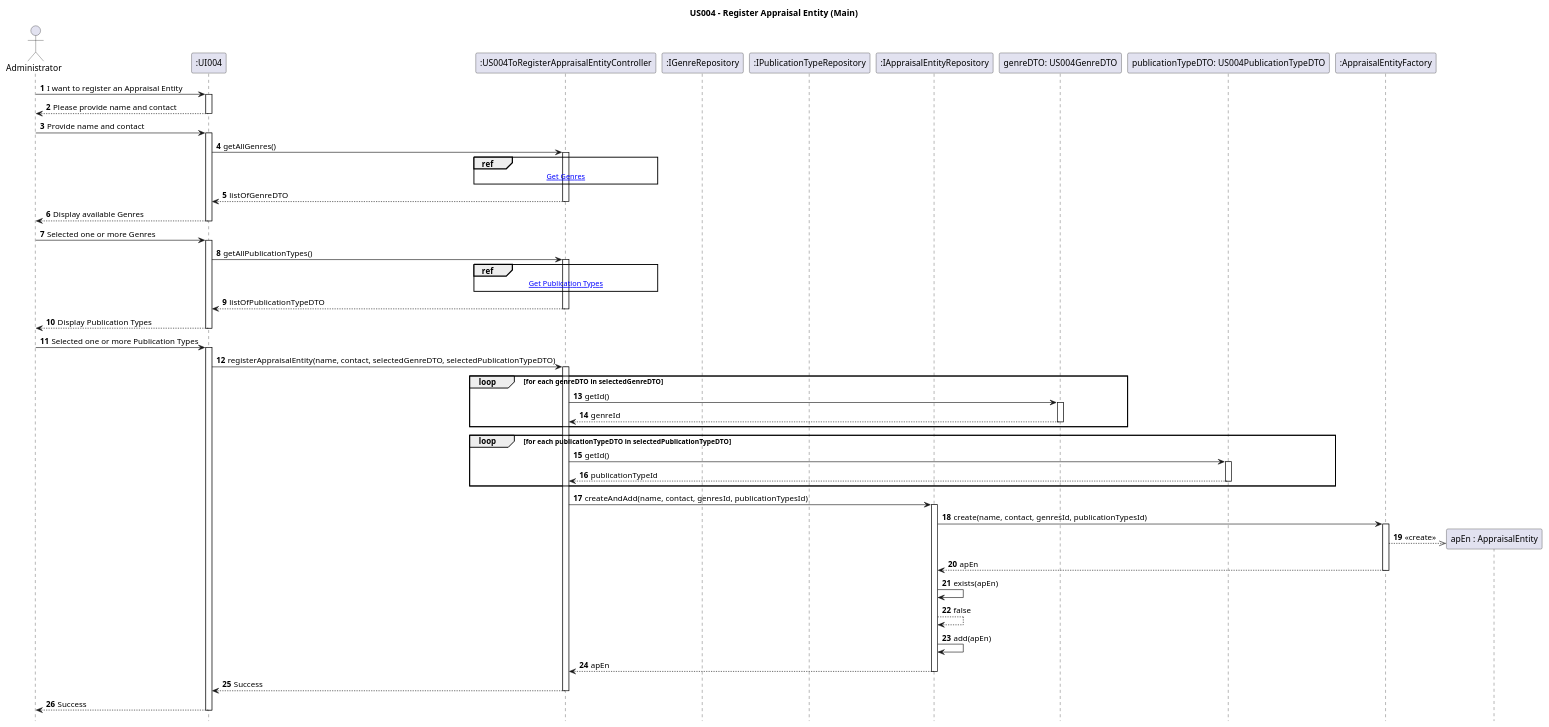
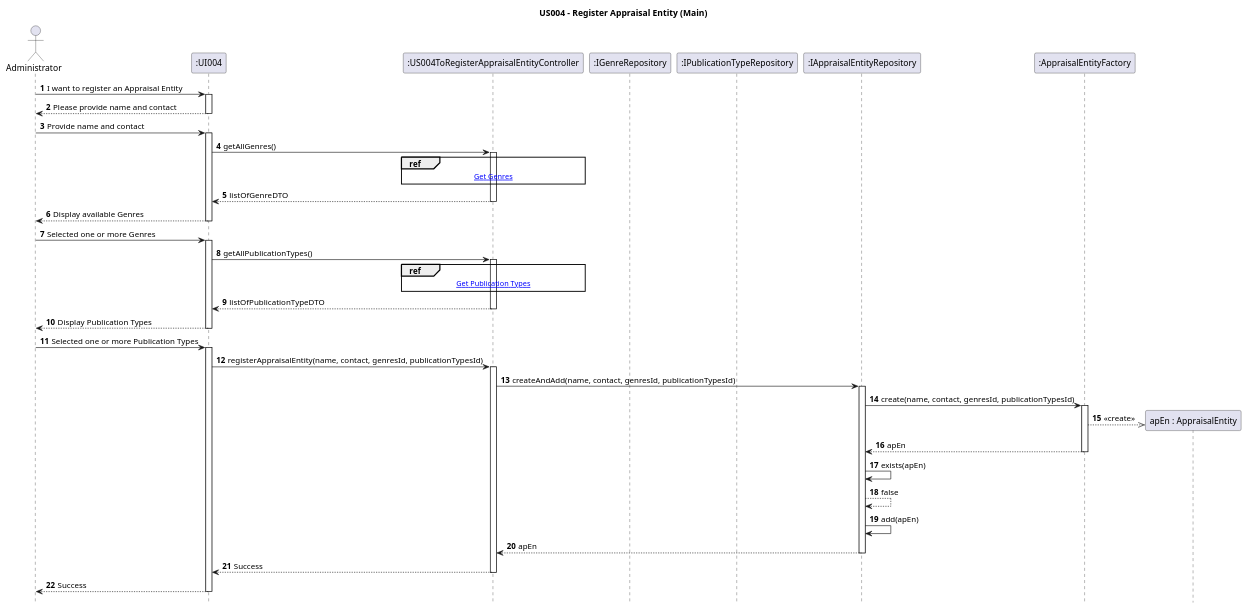
Before and after one commit to AndrePereiraGitH/SWitCH-Project-Team_A: the diagram in Diagrams/SequenceDiagrams/N2/US004-to-register-an-Appraisal-Entity/1.MainDiagram.puml, drawn with PlantUML. The commit also changed 8 other files, not shown here.

Commit message:
refactor #526: align controller and mappers with DDD and remove DTO-to-ID conversion

```diff
--- a/Diagrams/SequenceDiagrams/N2/US004-to-register-an-Appraisal-Entity/1.MainDiagram.puml
+++ b/Diagrams/SequenceDiagrams/N2/US004-to-register-an-Appraisal-Entity/1.MainDiagram.puml
@@ -1,108 +1,92 @@
 @startuml
 
 hide footbox
 autonumber
 title US004 - Register Appraisal Entity (Main)
 
 actor Administrator
 participant ":UI004" as UI
 participant ":US004ToRegisterAppraisalEntityController" as Controller
 participant ":IGenreRepository" as GenreRepo
 participant ":IPublicationTypeRepository" as PublicationTypeRepo
 participant ":IAppraisalEntityRepository" as AppraisalRepo
-participant "genreDTO: US004GenreDTO" as GDTO
-participant "publicationTypeDTO: US004PublicationTypeDTO" as PDTO
 participant ":AppraisalEntityFactory" as FactoryAppraisalEntity
 participant "apEn : AppraisalEntity" as AppraisalEntity
 
 ' --- Start ---
 Administrator -> UI : I want to register an Appraisal Entity
 activate UI
 
 UI --> Administrator : Please provide name and contact
 deactivate UI
 
 Administrator -> UI : Provide name and contact
 activate UI
 
 ' =========================
 ' Get Genres (reference)
 ' =========================
 UI -> Controller : getAllGenres()
 activate Controller
 
 ref over Controller
 [[2.GetGenres.puml Get Genres]]
 end ref
 
 Controller --> UI : listOfGenreDTO
 deactivate Controller
 
 UI --> Administrator : Display available Genres
 deactivate UI
 
 Administrator -> UI : Selected one or more Genres
 activate UI
 
 ' =========================
 ' Get Publication Types (reference)
 ' =========================
 UI -> Controller : getAllPublicationTypes()
 activate Controller
 
 ref over Controller
 [[3.GetPublicationTypes.puml Get Publication Types]]
 end ref
 
 Controller --> UI : listOfPublicationTypeDTO
 deactivate Controller
 
 UI --> Administrator : Display Publication Types
 deactivate UI
 
 Administrator -> UI : Selected one or more Publication Types
 activate UI
 ' =========================
 ' Register Appraisal Entity
 ' =========================
-UI -> Controller : registerAppraisalEntity(name, contact, selectedGenreDTO, selectedPublicationTypeDTO)
+UI -> Controller : registerAppraisalEntity(name, contact, genresId, publicationTypesId)
 activate Controller
-
-loop for each genreDTO in selectedGenreDTO
-    Controller -> GDTO : getId()
-    activate GDTO
-    GDTO --> Controller : genreId
-    deactivate GDTO
-end
-
-loop for each publicationTypeDTO in selectedPublicationTypeDTO
-    Controller -> PDTO : getId()
-    activate PDTO
-    PDTO --> Controller : publicationTypeId
-    deactivate PDTO
-end
 
 Controller -> AppraisalRepo : createAndAdd(name, contact, genresId, publicationTypesId)
 activate AppraisalRepo
 
 AppraisalRepo -> FactoryAppraisalEntity : create(name, contact, genresId, publicationTypesId)
 activate FactoryAppraisalEntity
 
 FactoryAppraisalEntity -->> AppraisalEntity **: <<create>>
 
 FactoryAppraisalEntity --> AppraisalRepo : apEn
 deactivate FactoryAppraisalEntity
 
 AppraisalRepo -> AppraisalRepo : exists(apEn)
 AppraisalRepo --> AppraisalRepo : false
 AppraisalRepo -> AppraisalRepo : add(apEn)
 
 AppraisalRepo --> Controller : apEn
 deactivate AppraisalRepo
 
 Controller --> UI : Success
 deactivate Controller
 
 UI ---> Administrator : Success
 deactivate UI
 @enduml
```
